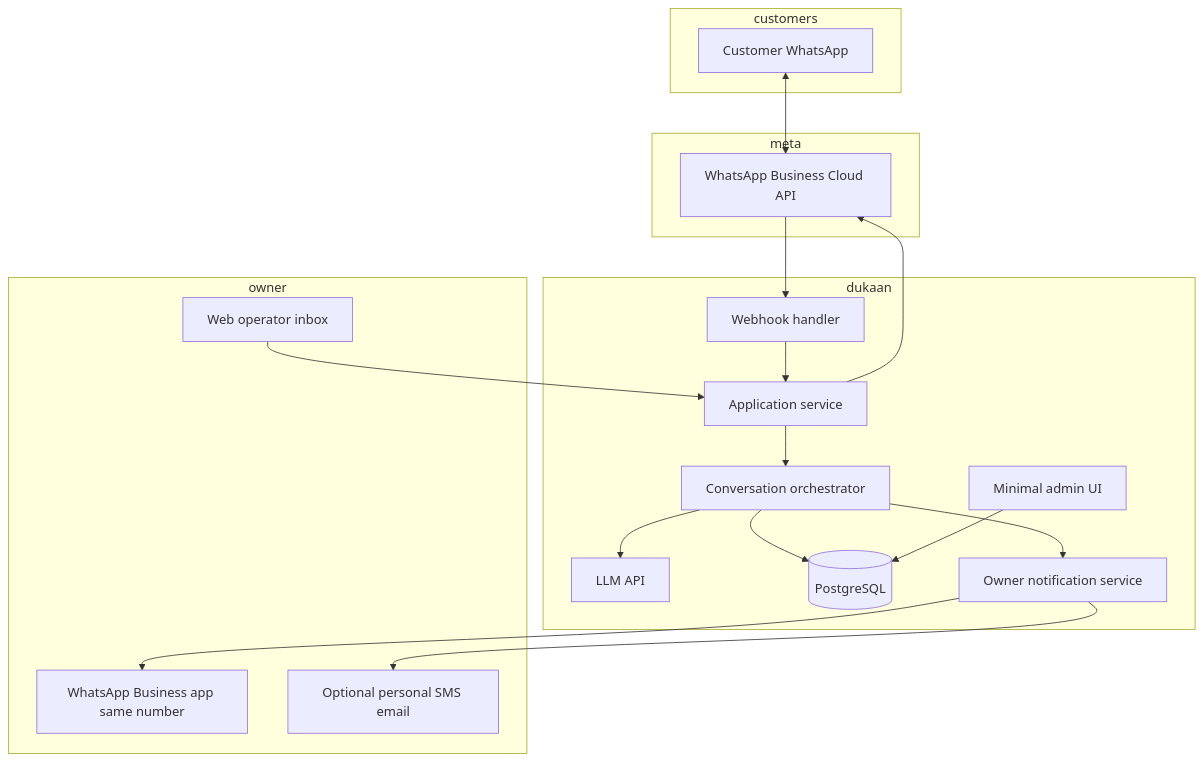
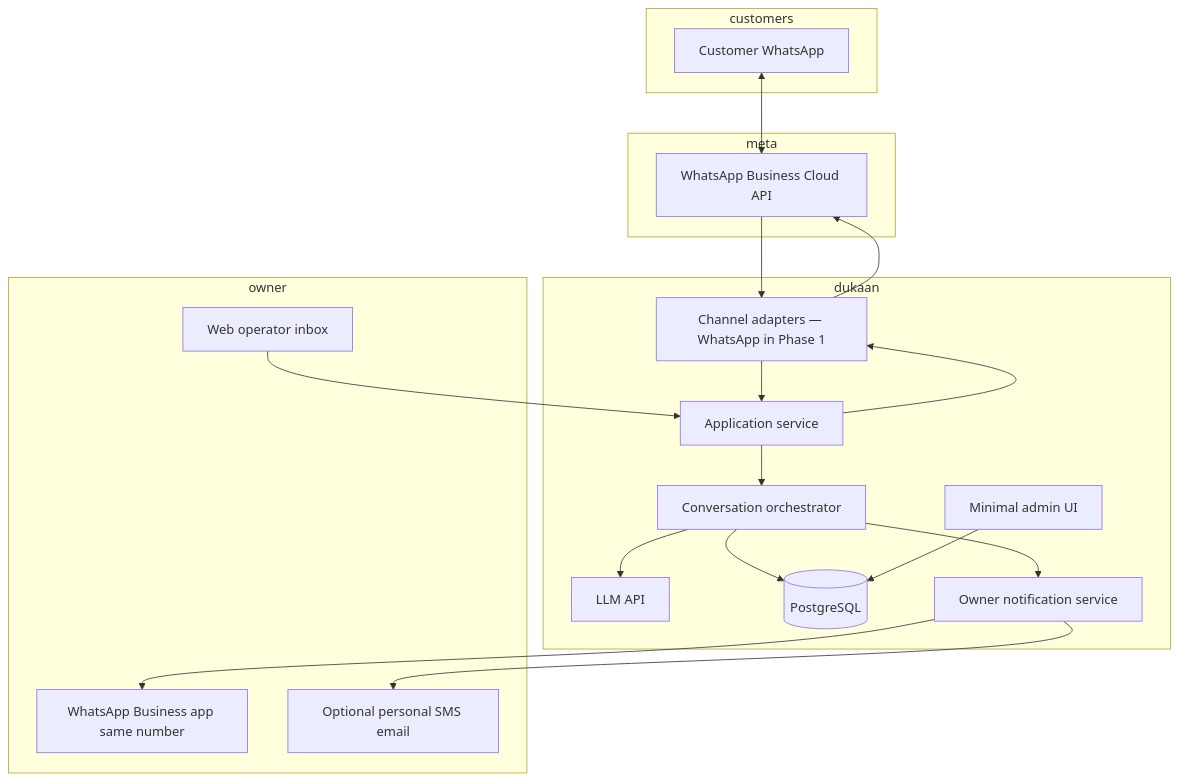
One commit to Yash138/dukaanAssist changed the second of 2 diagrams in docs/Architecture.md. Above: the diagram before and after it, drawn with Mermaid. The commit also changed other lines of this file and 3 other files, not shown here.

````diff
--- a/docs/Architecture.md
+++ b/docs/Architecture.md
@@ -35,36 +86,37 @@
 ```mermaid
 flowchart TB
   subgraph customers
     C[Customer WhatsApp]
   end
   subgraph meta
     WABA[WhatsApp Business Cloud API]
   end
   subgraph dukaan
-    WH[Webhook handler]
+    ADPT[Channel adapters — WhatsApp in Phase 1]
     APP[Application service]
     ORCH[Conversation orchestrator]
     LLM[LLM API]
     DB[(PostgreSQL)]
     NOTIFY[Owner notification service]
     ADMIN[Minimal admin UI]
   end
   subgraph owner
     WB[WhatsApp Business app same number]
     ALT[Optional personal SMS email]
     UI[Web operator inbox]
   end
 
   C <--> WABA
-  WABA --> WH
-  WH --> APP
+  WABA --> ADPT
+  ADPT --> APP
   APP --> ORCH
   ORCH --> LLM
   ORCH --> DB
   ORCH --> NOTIFY
   NOTIFY --> WB
   NOTIFY --> ALT
   UI --> APP
   ADMIN --> DB
-  APP --> WABA
+  APP --> ADPT
+  ADPT --> WABA
 ```
````
